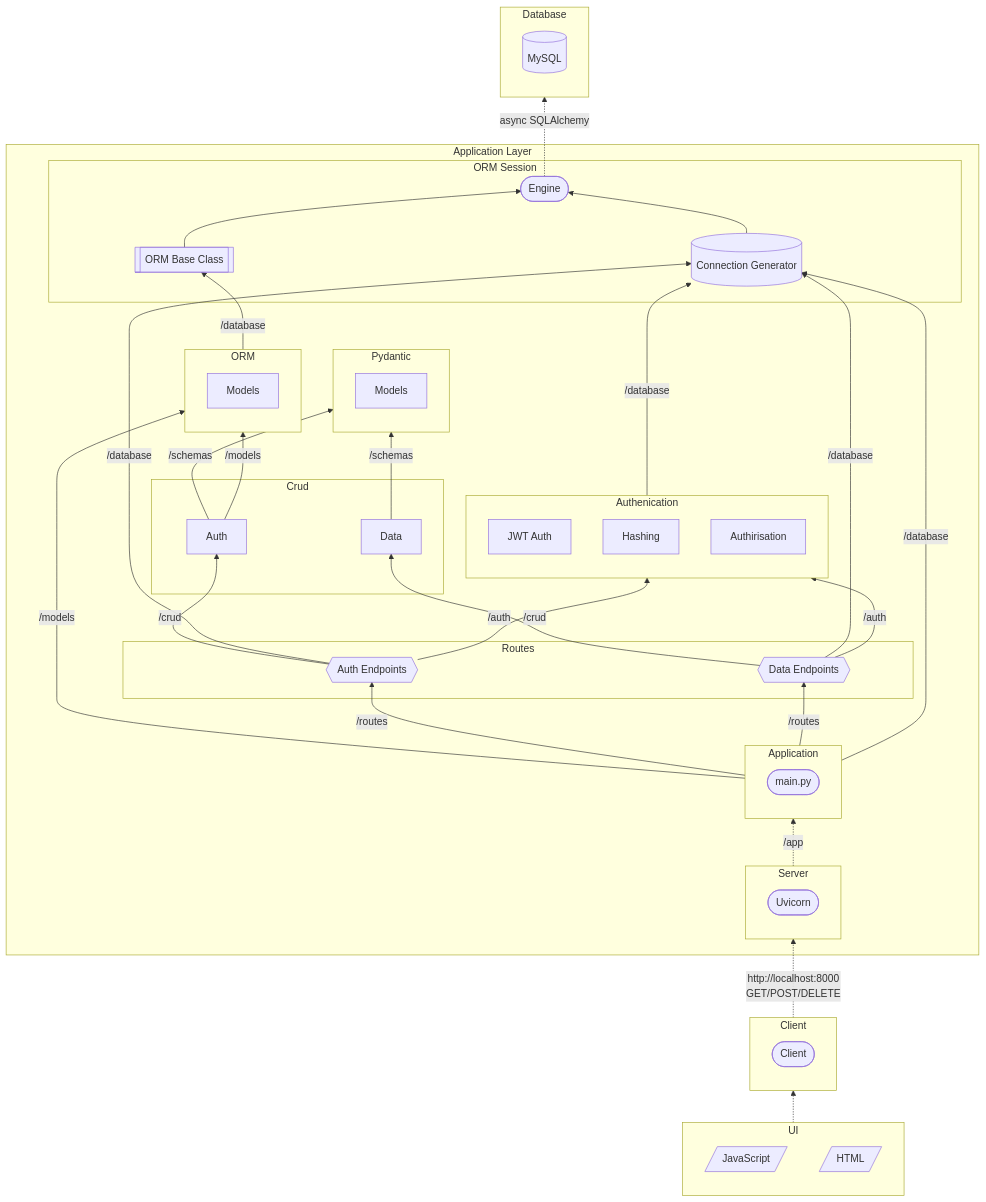
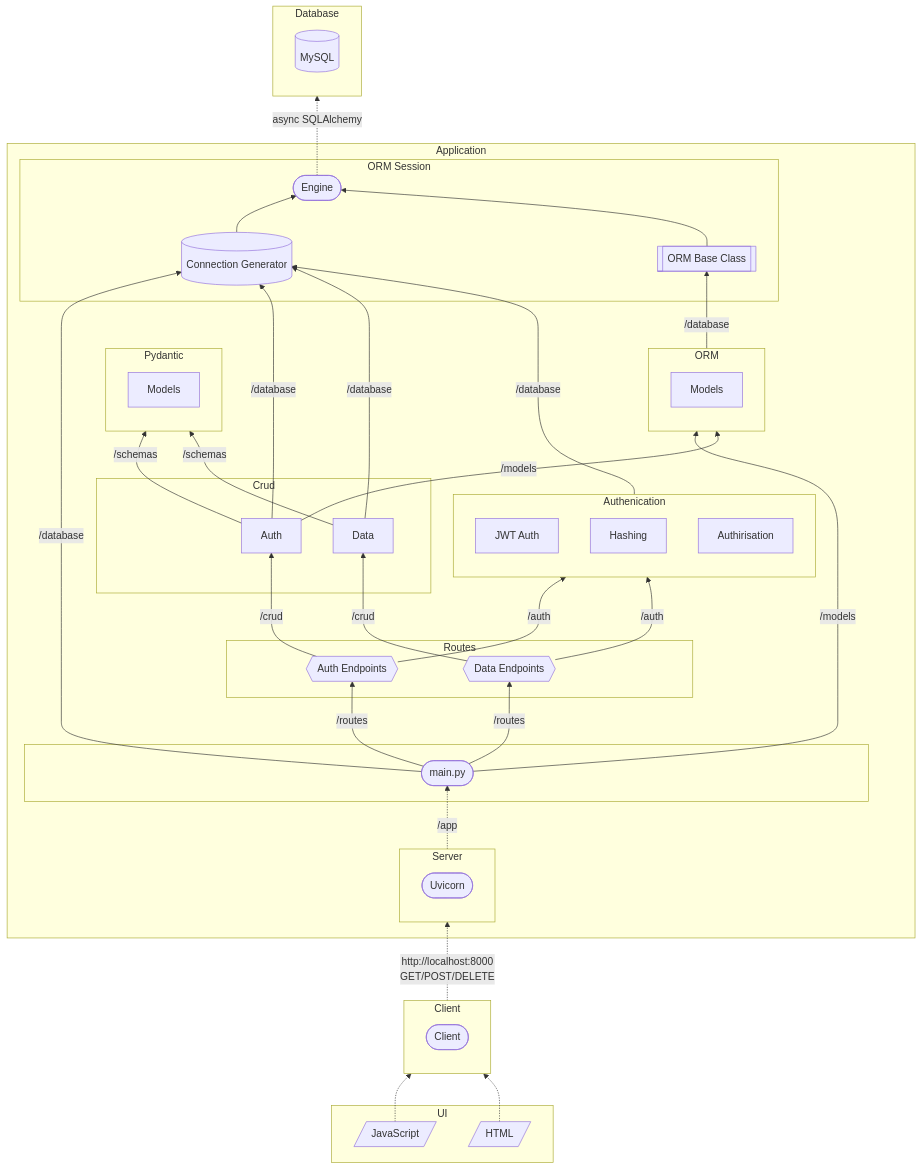
The diagram in diagrams/api_architecture.md (hawa1222/database-api), drawn with Mermaid before and after one commit. The commit also changed 4 other files, not shown here.

```diff
--- a/diagrams/api_architecture.md
+++ b/diagrams/api_architecture.md
@@ -10,13 +10,13 @@
         A000([Client])
     end
 
-    subgraph "Application Layer"
+    subgraph Application
         
         subgraph Server
             B([Uvicorn])
         end
 
-        subgraph Application
+        subgraph " "
             C([main.py])
         end
 
@@ -56,15 +56,15 @@
         G[(MySQL)]
     end
 
-    UI -.-> Client
+    A0 & A00 -.-> Client
     Client -.->|http://localhost:8000<br>GET/POST/DELETE| Server
 
-    Server -.-> |/app| Application
+    Server -.-> |/app| C
 
-    Application --> |/models| ORM
-    Application --> |/routes| D1
-    Application --> |/routes| D2
-    Application --> |/database| I3
+    C --> |/models| ORM
+    C --> |/routes| D1
+    C --> |/routes| D2
+    C --> |/database| I3
 
     E1 & E2 --> |/schemas| Pydantic
     E1 --> |/models| ORM
@@ -72,8 +72,8 @@
     Authenication --> |/database| I3
     D1 --> |/crud| E1
     D2 --> |/crud| E2
-    D1 --> |/database| I3
-    D2 --> |/database| I3
+    E1 --> |/database| I3
+    E2 --> |/database| I3
 
     ORM --> |/database| I2
 
```
